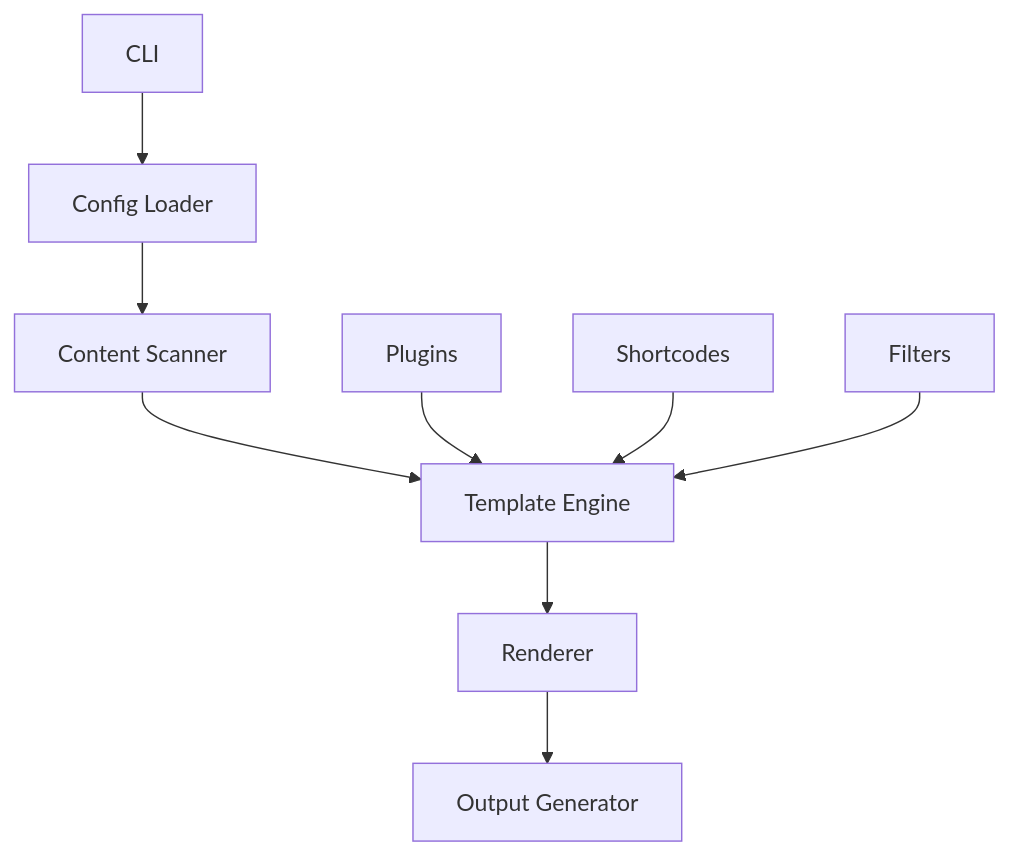
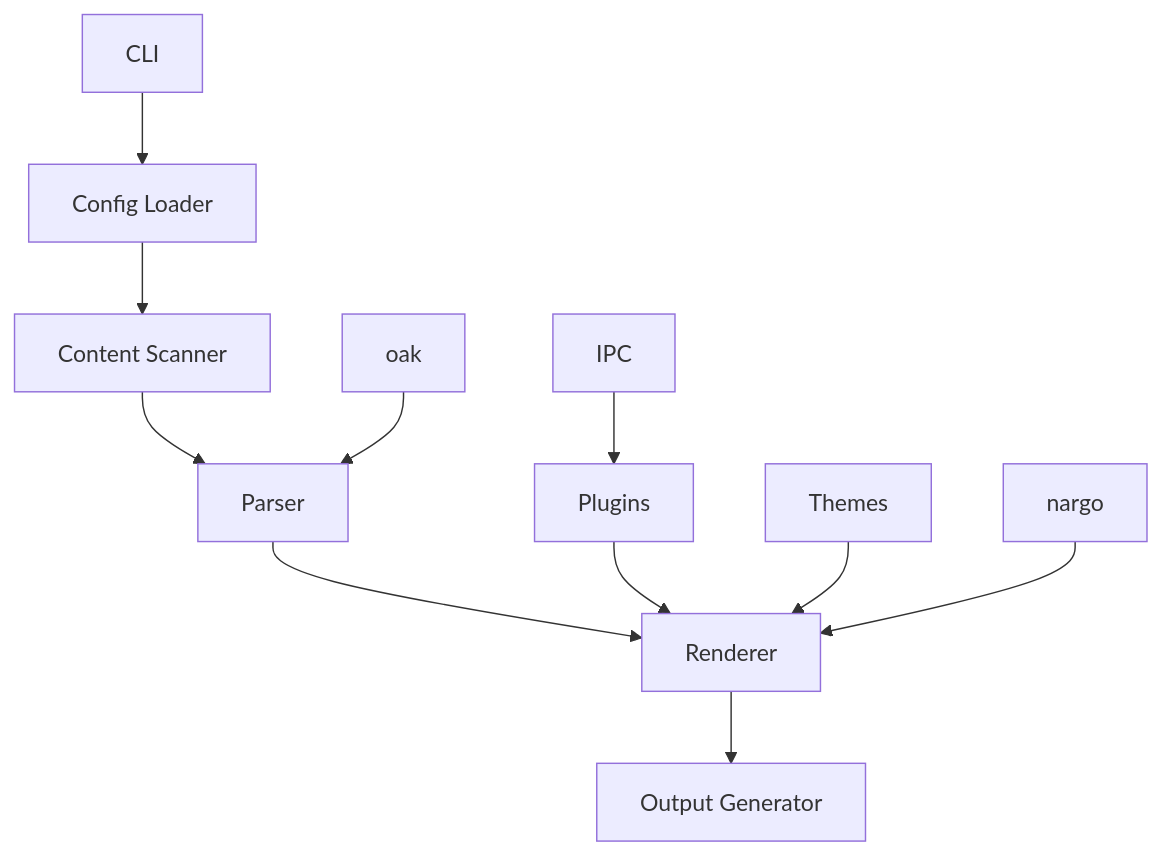
One commit to doki-land/rusty-ssg changed the diagram in compilers/eleventy/readme.md. Above: the diagram before and after it, drawn with Mermaid. The commit also changed other lines of this file and 134 other files, not shown here.

````diff
--- a/compilers/eleventy/readme.md
+++ b/compilers/eleventy/readme.md
@@ -63,11 +66,13 @@
 ```mermaid
 flowchart TD
     A[CLI] --> B[Config Loader]
     B --> C[Content Scanner]
-    C --> D[Template Engine]
+    C --> D[Parser]
     D --> E[Renderer]
     E --> F[Output Generator]
-    G[Plugins] --> D
-    H[Shortcodes] --> D
-    I[Filters] --> D
+    G[Plugins] --> E
+    H[Themes] --> E
+    I[nargo] --> E
+    J[oak] --> D
+    K[IPC] --> G
 ```
````
